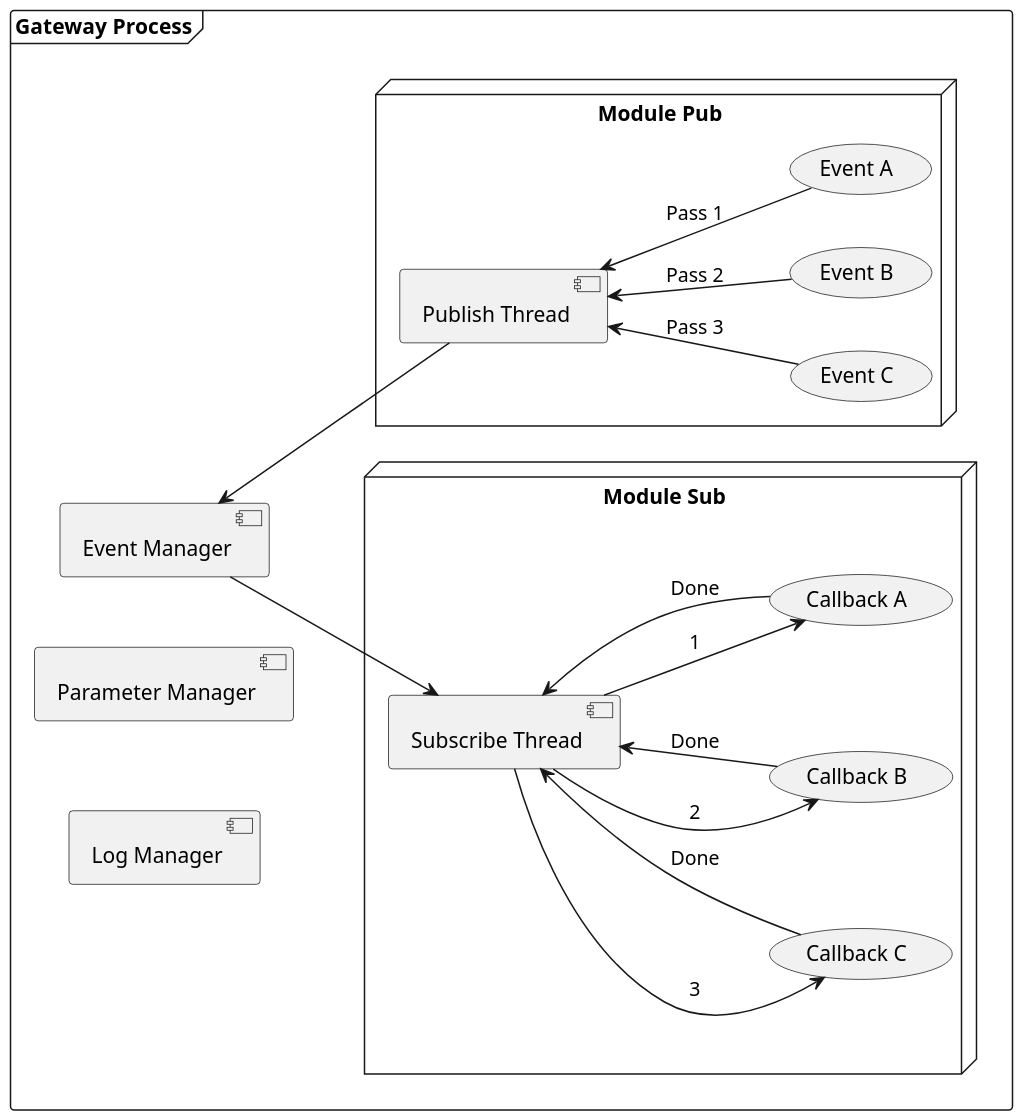
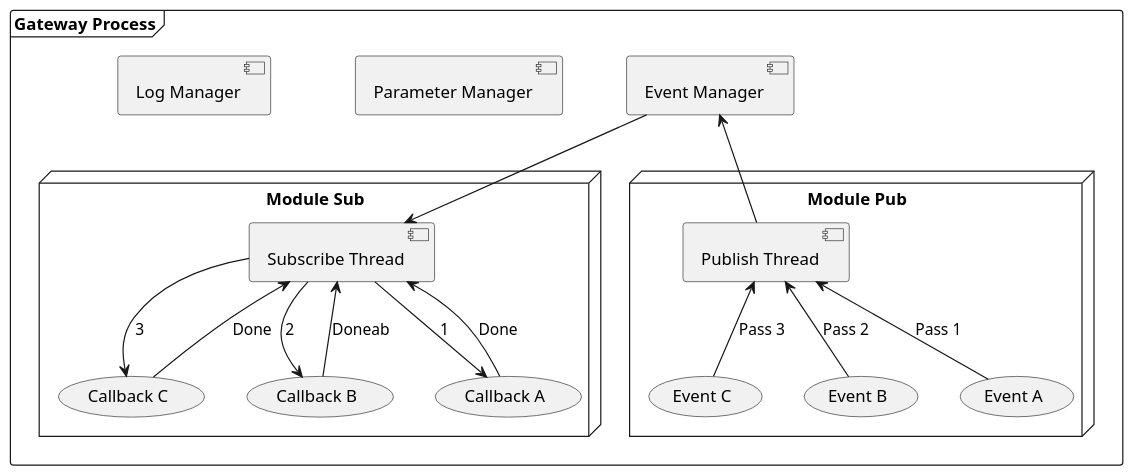
The second of 2 diagrams in temp/Pegatron/Gateway.md (zhenkunhe/Gitbook), drawn with PlantUML before and after one commit. The commit also changed other lines of this file and 2 other files, not shown here.

````diff
--- a/temp/Pegatron/Gateway.md
+++ b/temp/Pegatron/Gateway.md
@@ -16,34 +51,33 @@
 ``` puml
 @startuml
-scale 1.5
-left to right direction
+scale 1.2
     frame "Gateway Process" {
 
       [Parameter Manager] as PM
 
       [Event Manager] as EM
 
       [Log Manager] as LM
 
       node "Module Sub" {
           [Subscribe Thread] as ST
           (Callback C) <-up- ST : 3
           (Callback C) -up-> ST : Done
           (Callback B) <-up- ST : 2
-          (Callback B) -up-> ST : Done
+          (Callback B) -up-> ST : Doneab
           (Callback A) <-up- ST : 1
           (Callback A) -up-> ST : Done
           ST <-up- EM
       }
 
       node "Module Pub" {
           [Publish Thread] as PT
           (Event C) -up-> PT : Pass 3
           (Event B) -up-> PT : Pass 2
           (Event A) -up-> PT : Pass 1
           PT -up-> EM
       }
 
     }
 @enduml
 ```
````
